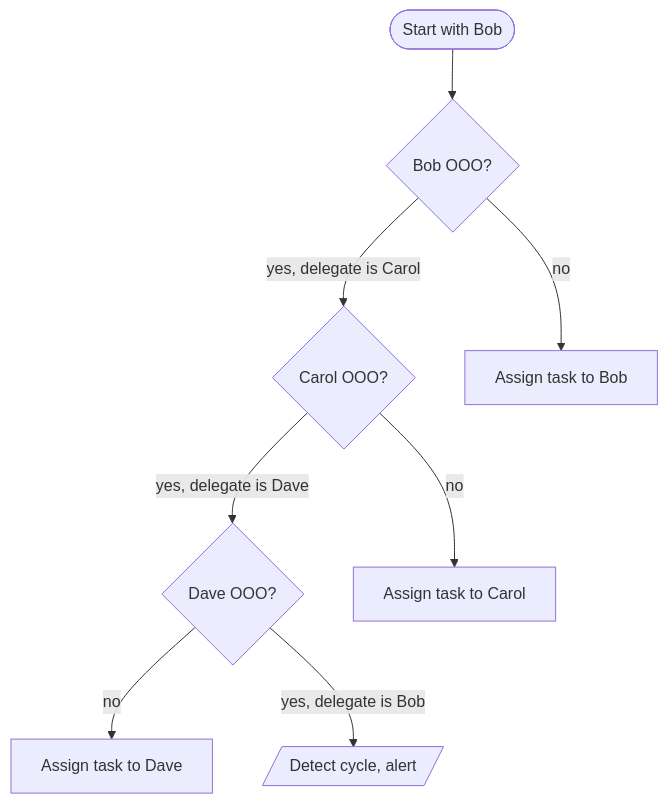
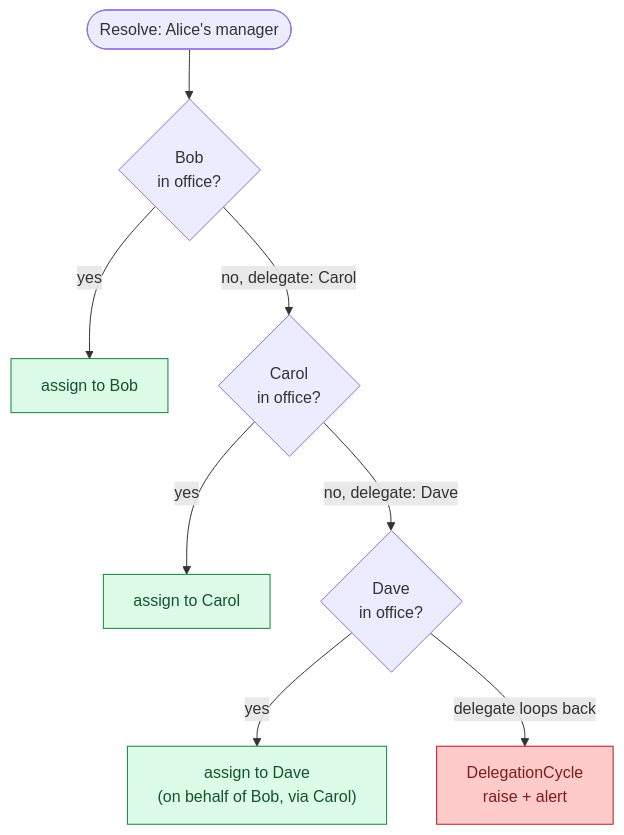
The tenth of 11 diagrams in problems/011-approval-management/question.md (shiningflash/system-design), drawn with Mermaid before and after one commit. The commit also changed other lines of this file and 1 other file, not shown here.

First line of the commit message:
011 approval: clearer prose, color-grouped mermaid, build-up architecture

````diff
--- a/problems/011-approval-management/question.md
+++ b/problems/011-approval-management/question.md
@@ -306,17 +411,13 @@
 ```mermaid
 flowchart TD
-    Start([Start with Bob])
-    Bob{Bob OOO?}
-    Carol{Carol OOO?}
-    Dave{Dave OOO?}
-    Assign[Assign task to Dave]
-    Cycle[/Detect cycle, alert/]
+    Start([Resolve: Alice's manager]) --> Bob{"Bob<br/>in office?"}
+    Bob -- yes --> AB["assign to Bob"]:::ok
+    Bob -- "no, delegate: Carol" --> Carol{"Carol<br/>in office?"}
+    Carol -- yes --> AC["assign to Carol"]:::ok
+    Carol -- "no, delegate: Dave" --> Dave{"Dave<br/>in office?"}
+    Dave -- yes --> AD["assign to Dave<br/>(on behalf of Bob, via Carol)"]:::ok
+    Dave -- "delegate loops back" --> Cycle["DelegationCycle<br/>raise + alert"]:::bad
 
-    Start --> Bob
-    Bob -- no --> AssignBob[Assign task to Bob]
-    Bob -- yes, delegate is Carol --> Carol
-    Carol -- no --> AssignCarol[Assign task to Carol]
-    Carol -- yes, delegate is Dave --> Dave
-    Dave -- no --> Assign
-    Dave -- yes, delegate is Bob --> Cycle
+    classDef ok fill:#dcfce7,stroke:#15803d,color:#14532d
+    classDef bad fill:#fecaca,stroke:#b91c1c,color:#7f1d1d
 ```
````
